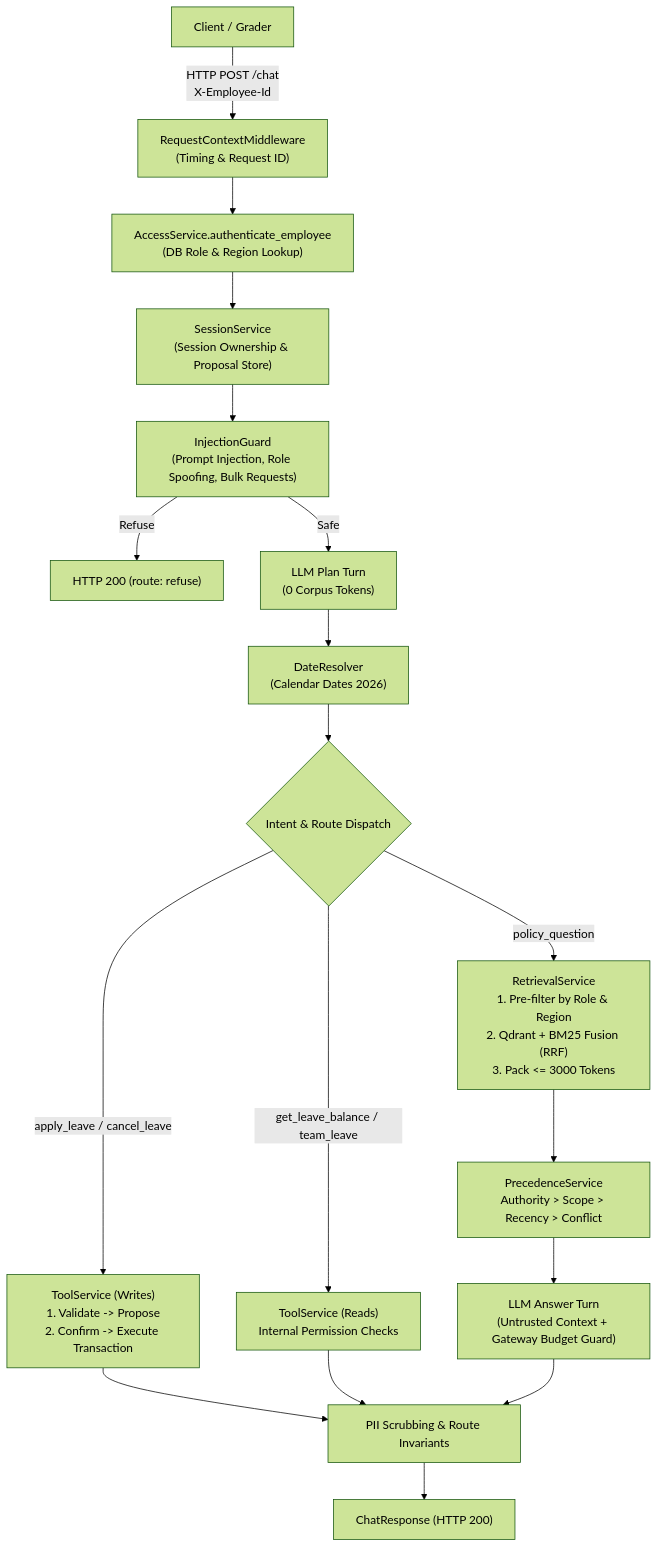
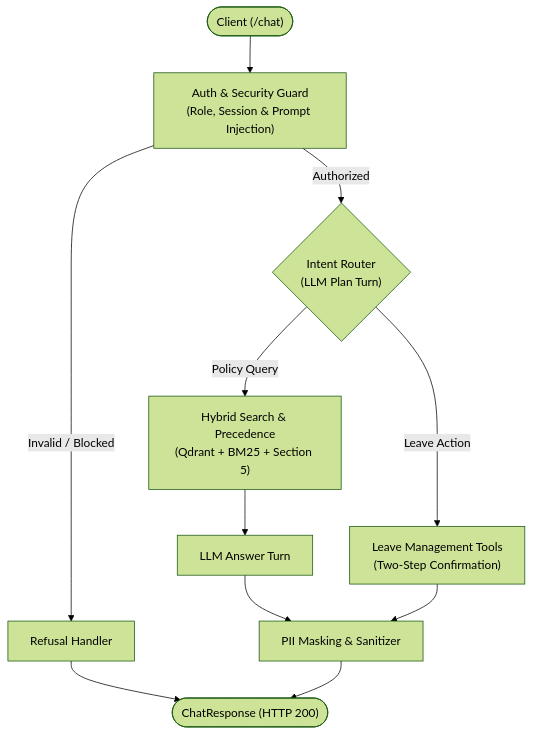
The diagram in README.md (LaxmiNarayana31/veltrix-peopleops-assistant), drawn with Mermaid (forest theme) before and after one commit. The commit also changed other lines of this file, not shown here.

````diff
--- a/README.md
+++ b/README.md
@@ -9,26 +9,18 @@
 ```mermaid
 flowchart TD
-    Client["Client / Grader"] -->|HTTP POST /chat<br>X-Employee-Id| Middleware["RequestContextMiddleware<br>(Timing & Request ID)"]
-    Middleware --> Auth["AccessService.authenticate_employee<br>(DB Role & Region Lookup)"]
-    Auth --> Session["SessionService<br>(Session Ownership & Proposal Store)"]
-    Session --> PreGuard["InjectionGuard<br>(Prompt Injection, Role Spoofing, Bulk Requests)"]
+    Client(["Client (/chat)"]) --> Guard["Auth & Security Guard<br>(Role, Session & Prompt Injection)"]
     
-    PreGuard -->|Refuse| RefuseResp["HTTP 200 (route: refuse)"]
-    PreGuard -->|Safe| PlanCall["LLM Plan Turn<br>(0 Corpus Tokens)"]
+    Guard -->|Invalid / Blocked| Refuse["Refusal Handler"]
+    Guard -->|Authorized| Router{"Intent Router<br>(LLM Plan Turn)"}
     
-    PlanCall --> DateResolver["DateResolver<br>(Calendar Dates 2026)"]
-    DateResolver --> RouteSwitch{"Intent & Route Dispatch"}
+    Router -->|Policy Query| RAG["Hybrid Search & Precedence<br>(Qdrant + BM25 + Section 5)"]
+    Router -->|Leave Action| Tools["Leave Management Tools<br>(Two-Step Confirmation)"]
     
-    RouteSwitch -->|apply_leave / cancel_leave| ToolServiceWrite["ToolService (Writes)<br>1. Validate -> Propose<br>2. Confirm -> Execute Transaction"]
-    RouteSwitch -->|get_leave_balance / team_leave| ToolServiceRead["ToolService (Reads)<br>Internal Permission Checks"]
-    RouteSwitch -->|policy_question| RetrievalService["RetrievalService<br>1. Pre-filter by Role & Region<br>2. Qdrant + BM25 Fusion (RRF)<br>3. Pack <= 3000 Tokens"]
+    RAG --> Answer["LLM Answer Turn"]
     
-    RetrievalService --> Precedence["PrecedenceService<br>Authority > Scope > Recency > Conflict"]
-    Precedence --> AnswerCall["LLM Answer Turn<br>(Untrusted Context + Gateway Budget Guard)"]
+    Answer --> Sanitizer["PII Masking & Sanitizer"]
+    Tools --> Sanitizer
     
-    ToolServiceWrite --> Sanitizer["PII Scrubbing & Route Invariants"]
-    ToolServiceRead --> Sanitizer
-    AnswerCall --> Sanitizer
-    
-    Sanitizer --> Outgoing["ChatResponse (HTTP 200)"]
+    Refuse --> Out(["ChatResponse (HTTP 200)"])
+    Sanitizer --> Out
 ```
````
